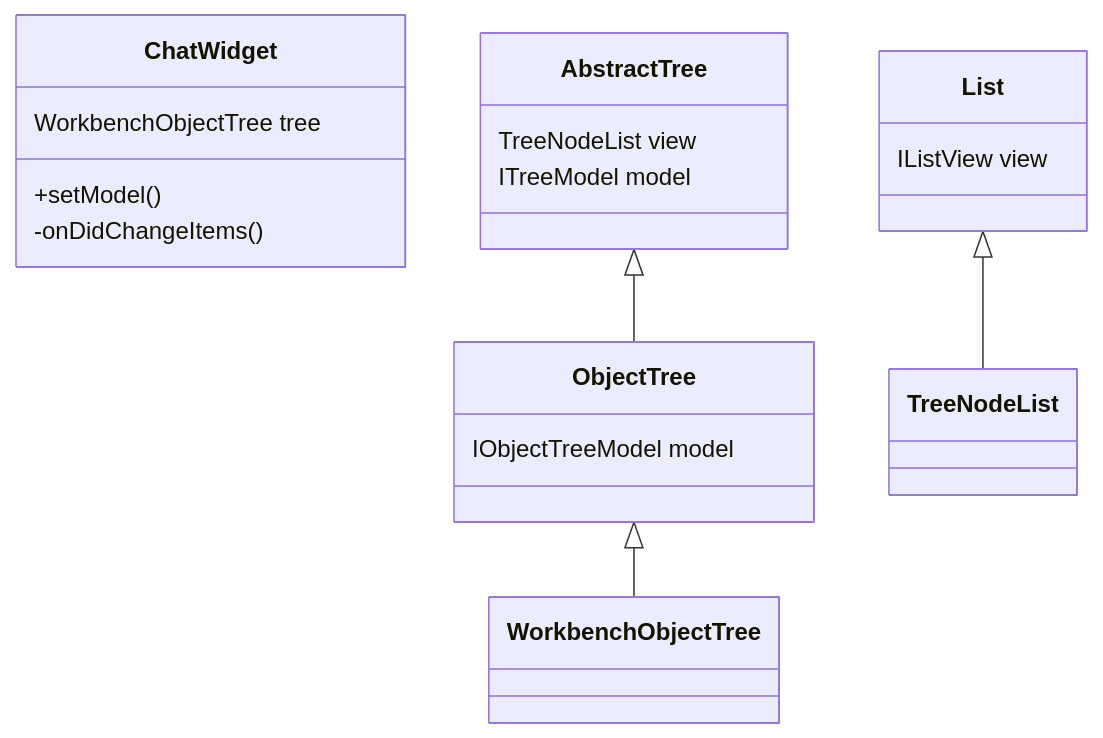
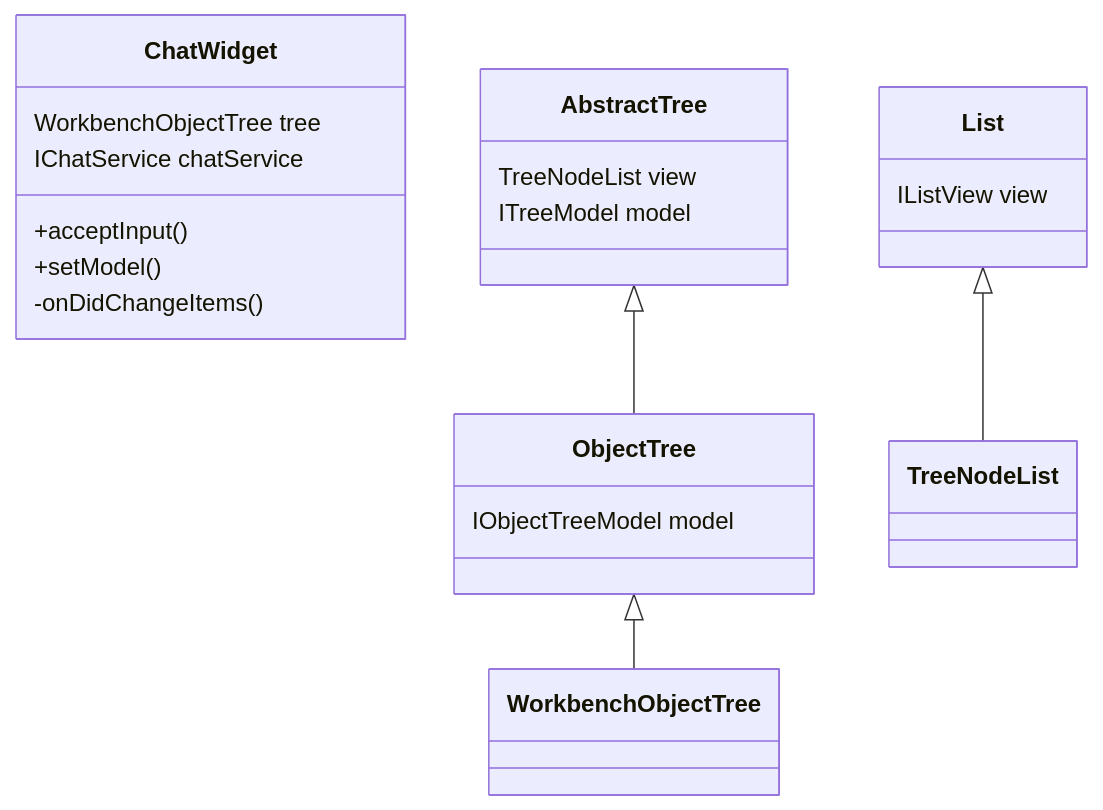
Before and after one commit to tamuratak/vscode: the first of 2 diagrams in chatwidget.md, drawn with Mermaid. The commit also changed other lines of this file, not shown here.

Commit message:
Enhance ChatWidget documentation with details on ChatService integration and update flow for ListView items

````diff
--- a/chatwidget.md
+++ b/chatwidget.md
@@ -10,27 +10,29 @@
 ```mermaid
 classDiagram
 
 class ChatWidget {
   WorkbenchObjectTree tree
+  IChatService chatService
+  +acceptInput()
   +setModel()
   -onDidChangeItems()
 }
 
 class WorkbenchObjectTree
 class ObjectTree {
   IObjectTreeModel model
 }
 class AbstractTree {
   TreeNodeList view
   ITreeModel model
 }
 class TreeNodeList
 class List {
   IListView view
 }
 interface IListView
 
 AbstractTree <|-- ObjectTree
 ObjectTree <|-- WorkbenchObjectTree
 List <|-- TreeNodeList
 ```
````
